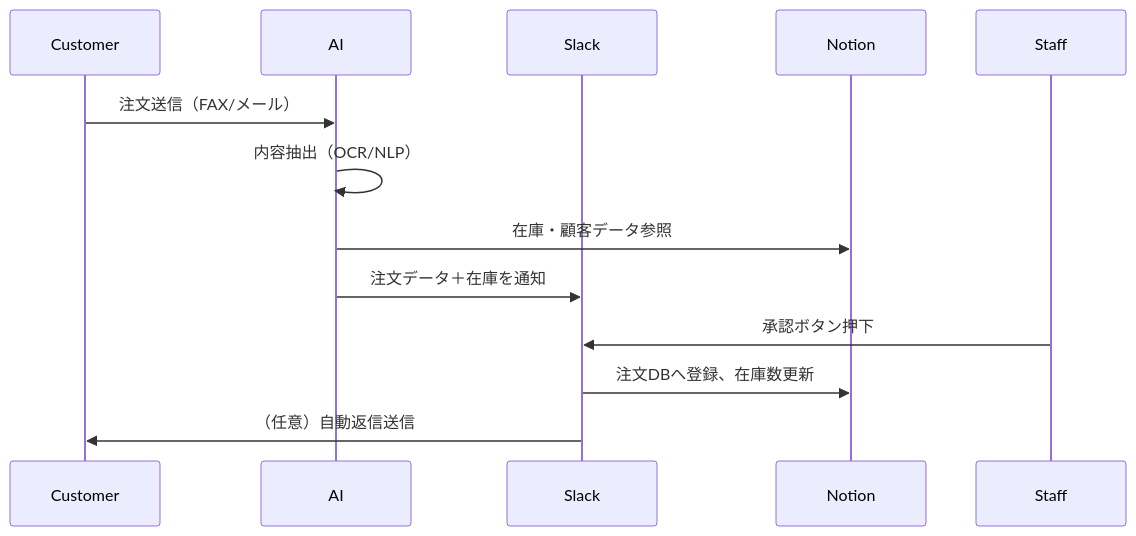
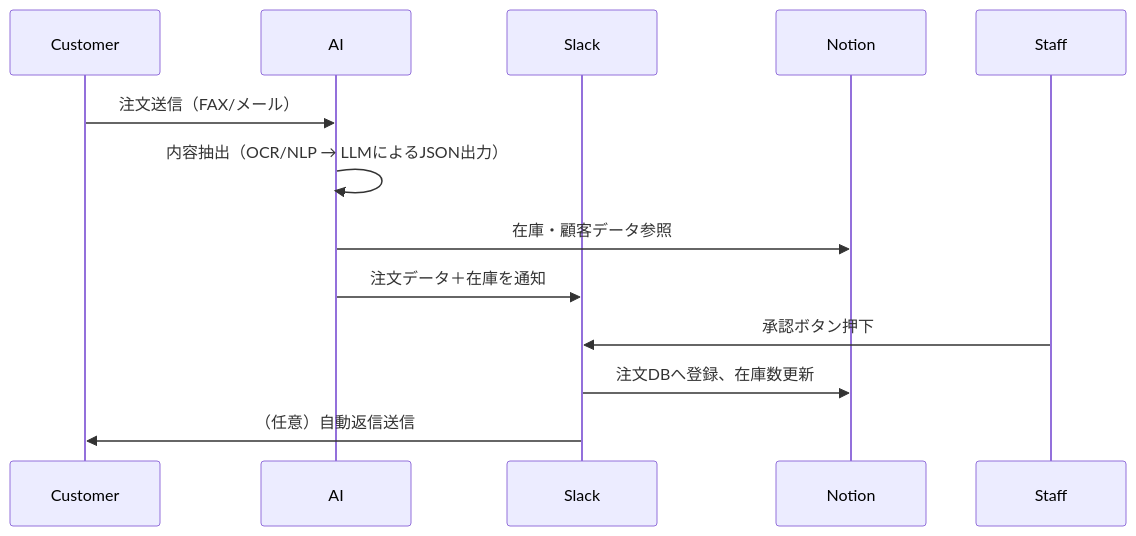
Before and after one commit to tanipaint/order-processing: the diagram in order_processing_spec.md, drawn with Mermaid. The commit also changed other lines of this file and 1 other file, not shown here.

Commit message:
ベクトル検索の精度向上を仕様書とチケットに追記

````diff
--- a/order_processing_spec.md
+++ b/order_processing_spec.md
@@ -26,16 +26,16 @@
 ```mermaid
 sequenceDiagram
     participant Customer
     participant AI
     participant Slack
     participant Notion
     participant Staff
 
     Customer->>AI: 注文送信（FAX/メール）
-    AI->>AI: 内容抽出（OCR/NLP）
+    AI->>AI: 内容抽出（OCR/NLP → LLMによるJSON出力）
     AI->>Notion: 在庫・顧客データ参照
     AI->>Slack: 注文データ＋在庫を通知
     Staff->>Slack: 承認ボタン押下
     Slack->>Notion: 注文DBへ登録、在庫数更新
     Slack->>Customer: （任意）自動返信送信
 ```
````
